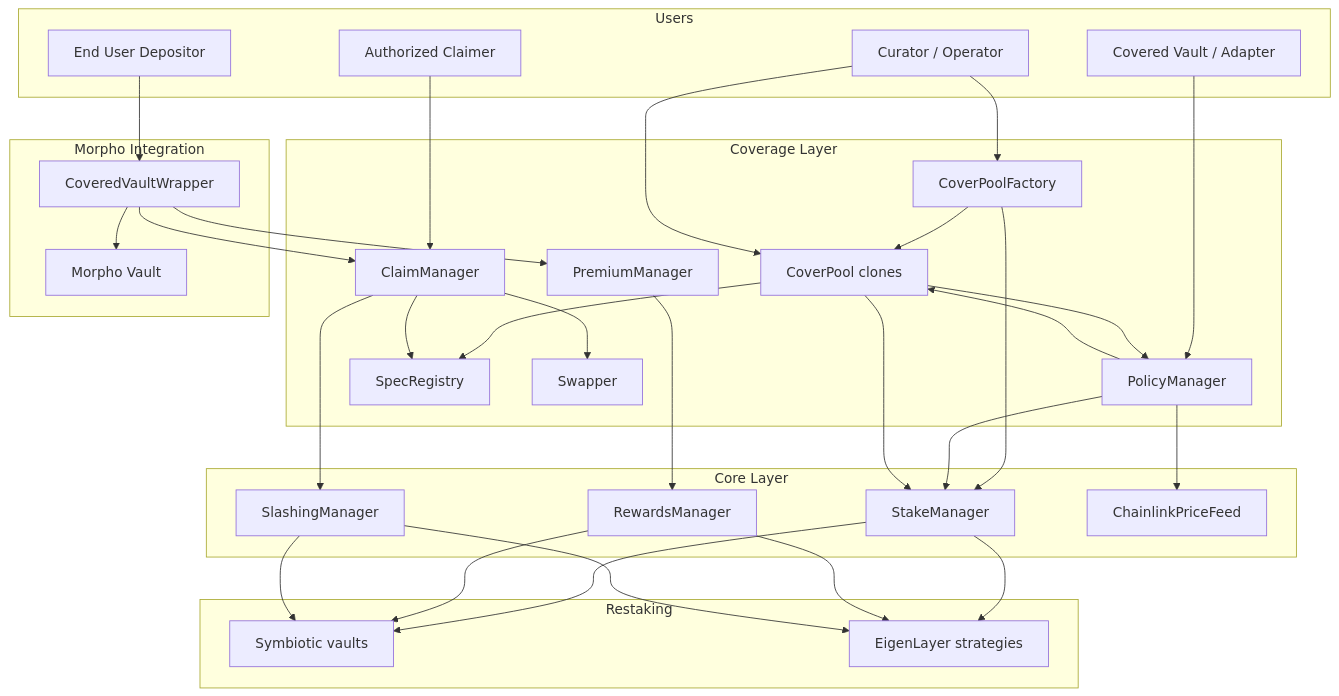
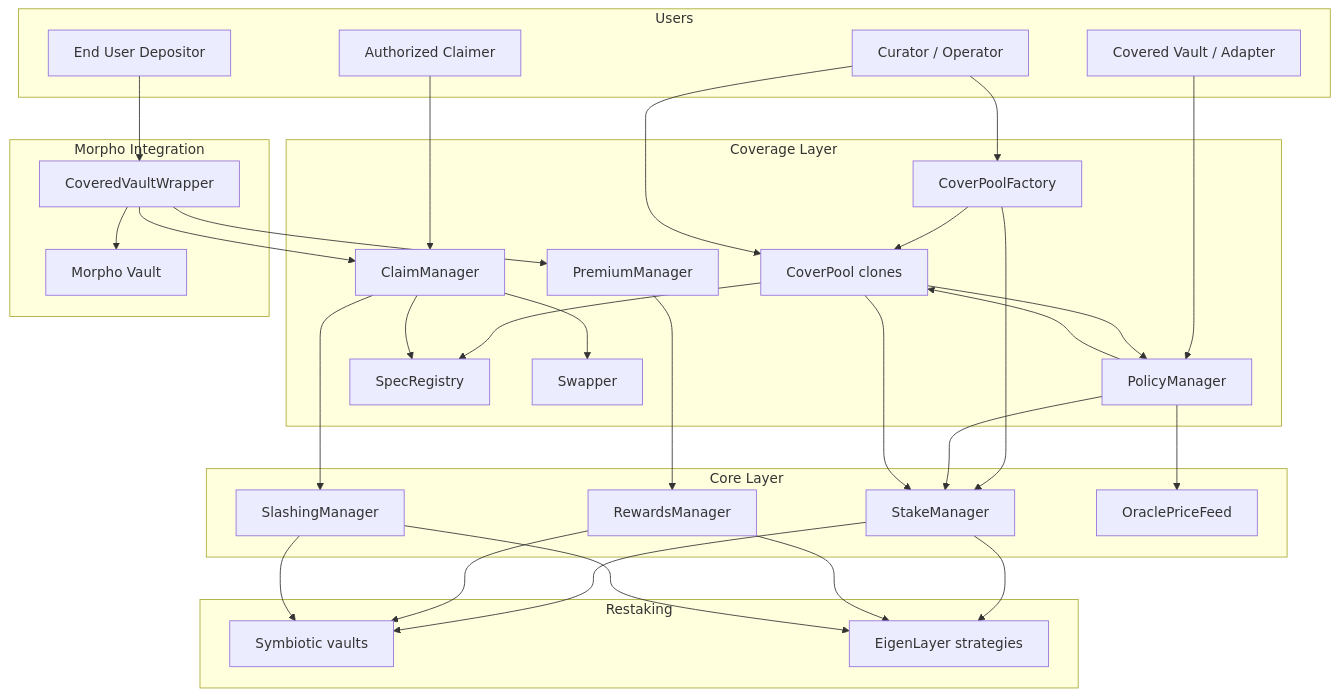
One commit to 0xcatalysis/coverage changed the diagram in docs/architecture/01-system-overview.md. Above: the diagram before and after it, drawn with Mermaid. The commit also changed 35 other files, not shown here.

````diff
--- a/docs/architecture/01-system-overview.md
+++ b/docs/architecture/01-system-overview.md
@@ -41,69 +41,69 @@
 ```mermaid
 graph TB
     subgraph Users
         CURATOR[Curator / Operator]
         COVERED[Covered Vault / Adapter]
         CLAIMER[Authorized Claimer]
         USER[End User Depositor]
     end
 
     subgraph Coverage Layer
         CPF[CoverPoolFactory]
         CP[CoverPool clones]
         PM[PolicyManager]
         PRM[PremiumManager]
         CM[ClaimManager]
         SR[SpecRegistry]
         SW[Swapper]
     end
 
     subgraph Core Layer
         SM[StakeManager]
         RM[RewardsManager]
         SLM[SlashingManager]
-        PF[ChainlinkPriceFeed]
+        PF[OraclePriceFeed]
     end
 
     subgraph Restaking
         SYM[Symbiotic vaults]
         EIG[EigenLayer strategies]
     end
 
     subgraph Morpho Integration
         CVW[CoveredVaultWrapper]
         MV[Morpho Vault]
     end
 
     CURATOR --> CPF
     CPF --> CP
     CPF --> SM
 
     COVERED --> PM
     PM --> SM
     PM --> CP
 
     CURATOR --> CP
     CP --> SR
     CP --> PM
     CP --> SM
 
     PRM --> RM
 
     CLAIMER --> CM
     CM --> SR
     CM --> SLM
     CM --> SW
     PM --> PF
 
     SM --> SYM
     SM --> EIG
     RM --> SYM
     RM --> EIG
     SLM --> SYM
     SLM --> EIG
 
     USER --> CVW
     CVW --> MV
     CVW --> PRM
     CVW --> CM
 ```
````
